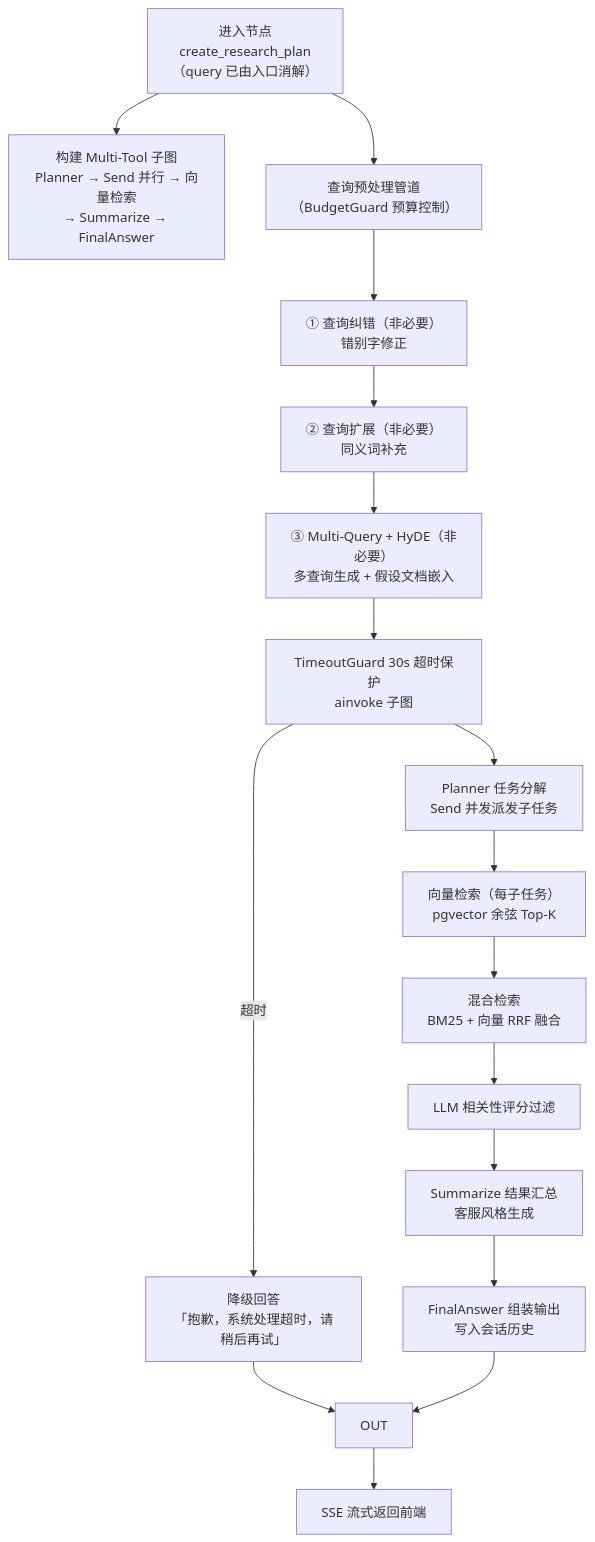
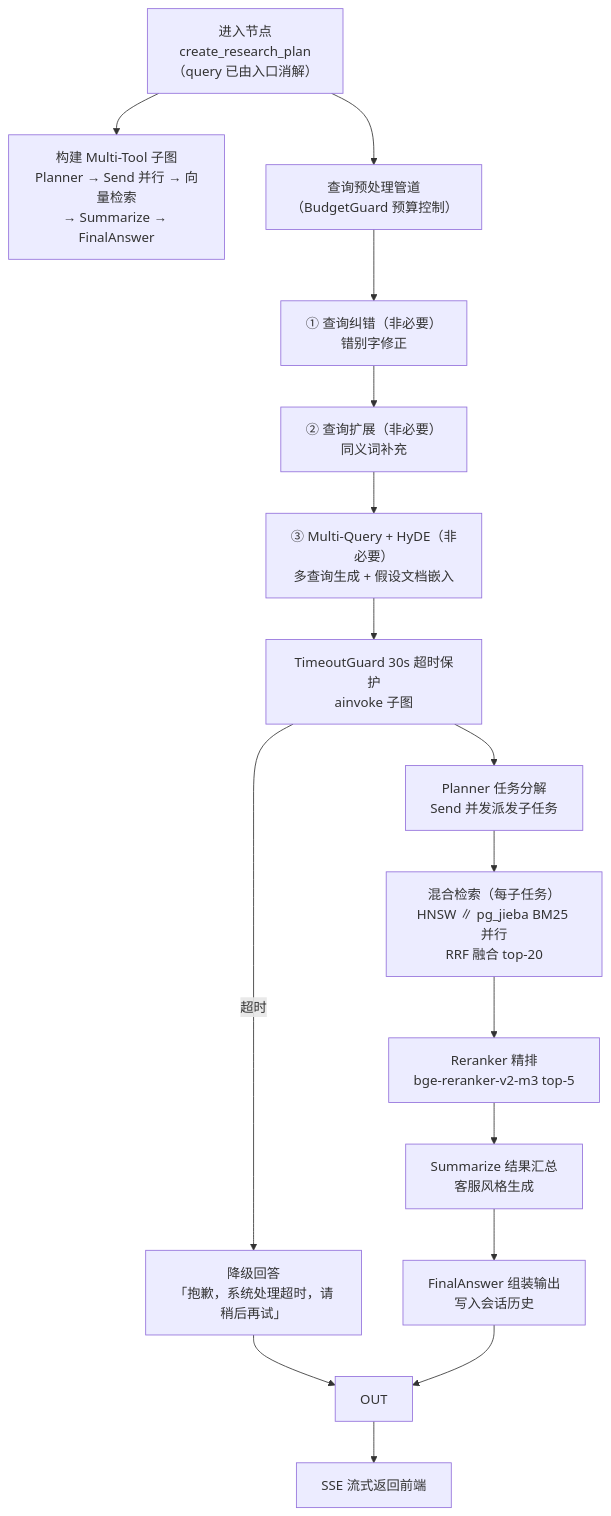
Before and after one commit to blowt16/SmartCS-Agent: diagram 11 of 14 in docs/PROJECT_ANALYSIS.md, drawn with Mermaid. The commit also changed other lines of this file, not shown here.

````diff
--- a/docs/PROJECT_ANALYSIS.md
+++ b/docs/PROJECT_ANALYSIS.md
@@ -549,19 +554,18 @@
 ```mermaid
 flowchart TD
     A["进入节点<br/>create_research_plan<br/>（query 已由入口消解）"] --> B["构建 Multi-Tool 子图<br/>Planner → Send 并行 → 向量检索<br/>→ Summarize → FinalAnswer"]
     A --> P["查询预处理管道<br/>（BudgetGuard 预算控制）"]
     P --> P1["① 查询纠错（非必要）<br/>错别字修正"]
     P1 --> P2["② 查询扩展（非必要）<br/>同义词补充"]
     P2 --> P3["③ Multi-Query + HyDE（非必要）<br/>多查询生成 + 假设文档嵌入"]
     P3 --> R["TimeoutGuard 30s 超时保护<br/>ainvoke 子图"]
     R --> S2["Planner 任务分解<br/>Send 并发派发子任务"]
-    S2 --> S3["向量检索（每子任务）<br/>pgvector 余弦 Top-K"]
-    S3 --> S4["混合检索<br/>BM25 + 向量 RRF 融合"]
-    S4 --> S5["LLM 相关性评分过滤"]
-    S5 --> S6["Summarize 结果汇总<br/>客服风格生成"]
-    S6 --> S7["FinalAnswer 组装输出<br/>写入会话历史"]
+    S2 --> S3["混合检索（每子任务）<br/>HNSW ∥ pg_jieba BM25 并行<br/>RRF 融合 top-20"]
+    S3 --> S4["Reranker 精排<br/>bge-reranker-v2-m3 top-5"]
+    S4 --> S5["Summarize 结果汇总<br/>客服风格生成"]
+    S5 --> S7["FinalAnswer 组装输出<br/>写入会话历史"]
     R -->|"超时"| S1B["降级回答<br/>「抱歉，系统处理超时，请稍后再试」"]
     S1B --> OUT
     S7 --> OUT
     OUT --> END["SSE 流式返回前端"]
 ```
````
